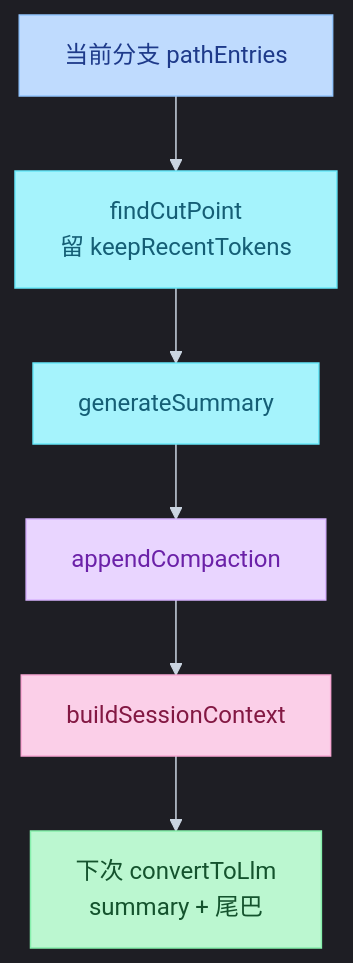
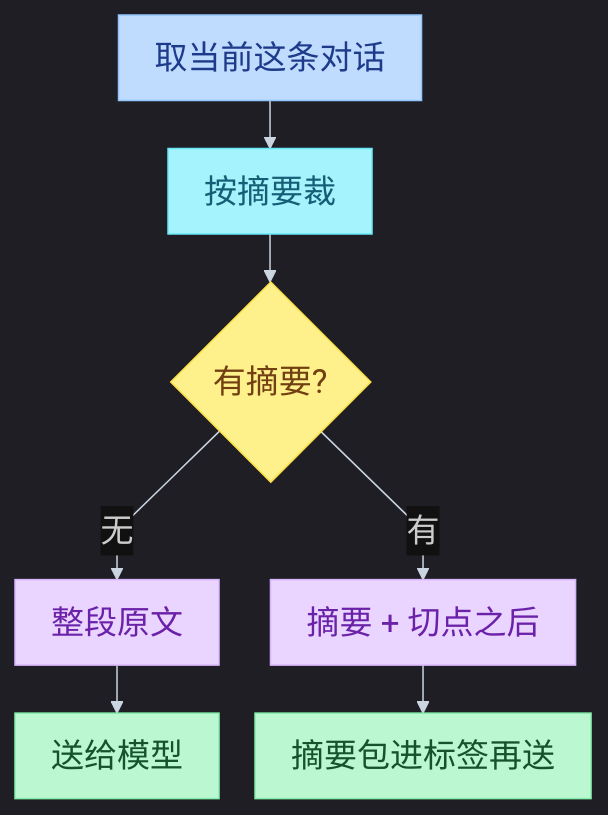
Before and after one commit to juliepy/AI-Engineer-from-scrach: the third of 3 diagrams in 13-pi-agent/05-compaction.md, drawn with Mermaid. The commit also changed other lines of this file and 4 other files, not shown here.

Commit message:
Rewrite Pi sessions through Interactive notes around source call traces and three-layer diagrams.

````diff
--- a/13-pi-agent/05-compaction.md
+++ b/13-pi-agent/05-compaction.md
@@ -198,21 +208,22 @@
 ```mermaid
-%%{init: {"theme": "dark", "themeVariables": {"fontSize": "16px", "background": "#000000", "lineColor": "#CBD5E1", "clusterBkg": "#111111", "clusterBorder": "#C4B5FD", "titleColor": "#FDE68A", "edgeLabelBackground": "#111111"}}}%%
+%%{init: {"theme": "dark", "flowchart": {"curve": "linear", "rankSpacing": 32, "nodeSpacing": 24, "padding": 12, "useMaxWidth": false, "htmlLabels": true}, "themeVariables": {"fontSize": "22px", "background": "#000000", "lineColor": "#CBD5E1", "edgeLabelBackground": "#111111"}, "themeCSS": ".nodeLabel,.label,span{font-size:22px!important}"}}%%
 flowchart TB
-    PATH["当前分支 pathEntries"] --> CUT["findCutPoint<br/>留 keepRecentTokens"]
-    CUT --> SUM["generateSummary"]
-    SUM --> APP["appendCompaction"]
-    APP --> CTX["buildSessionContext"]
-    CTX --> LLM["下次 convertToLlm<br/>summary + 尾巴"]
+    PATH["取当前这条对话"] --> CUT["按摘要裁"]
+    CUT --> HAS{"有摘要?"}
+    HAS -->|无| ALL["整段原文"]
+    HAS -->|有| KEEP["摘要 + 切点之后"]
+    ALL --> LLM1["送给模型"]
+    KEEP --> LLM2["摘要包进标签再送"]
 
-    classDef a fill:#BFDBFE,stroke:#93C5FD,color:#1E3A8A
-    classDef b fill:#A5F3FC,stroke:#67E8F9,color:#155E75
-    classDef c fill:#E9D5FF,stroke:#D8B4FE,color:#6B21A8
-    classDef d fill:#FBCFE8,stroke:#F9A8D4,color:#831843
-    classDef e fill:#BBF7D0,stroke:#86EFAC,color:#14532D
+    classDef start fill:#BFDBFE,stroke:#93C5FD,color:#1E3A8A,font-size:22px
+    classDef step fill:#A5F3FC,stroke:#67E8F9,color:#155E75,font-size:22px
+    classDef dec fill:#FEF08A,stroke:#FDE047,color:#713F12,font-size:22px
+    classDef prod fill:#E9D5FF,stroke:#D8B4FE,color:#6B21A8,font-size:22px
+    classDef ok fill:#BBF7D0,stroke:#86EFAC,color:#14532D,font-size:22px
 
-    class PATH a
-    class CUT,SUM b
-    class APP c
-    class CTX d
-    class LLM e
+    class PATH start
+    class CUT step
+    class HAS dec
+    class ALL,KEEP prod
+    class LLM1,LLM2 ok
 ```
````
